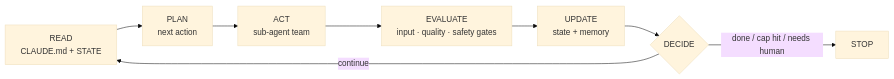
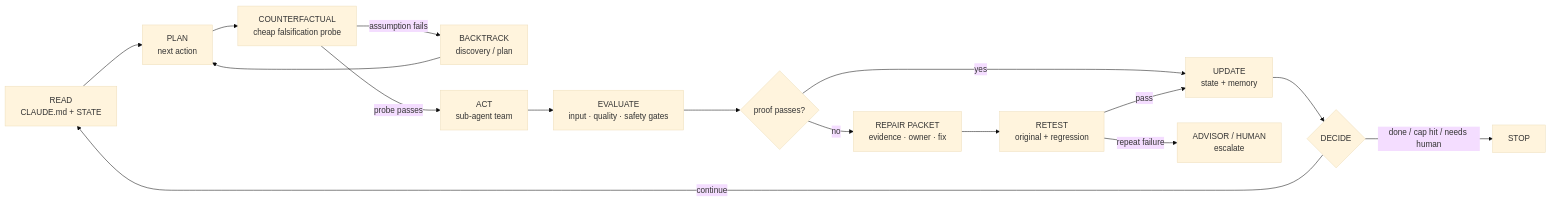
Before and after one commit to Abdulaziz-almoshen/orbit: the diagram in README.md, drawn with Mermaid (base theme). The commit also changed other lines of this file and 10 other files, not shown here.

````diff
--- a/README.md
+++ b/README.md
@@ -103,10 +106,18 @@
 ```mermaid
 flowchart LR
     R["READ<br/>CLAUDE.md + STATE"] --> P["PLAN<br/>next action"]
-    P --> A["ACT<br/>sub-agent team"]
+    P --> C["COUNTERFACTUAL<br/>cheap falsification probe"]
+    C -->|assumption fails| B["BACKTRACK<br/>discovery / plan"]
+    B --> P
+    C -->|probe passes| A["ACT<br/>sub-agent team"]
     A --> E["EVALUATE<br/>input · quality · safety gates"]
-    E --> U["UPDATE<br/>state + memory"]
+    E --> G{"proof passes?"}
+    G -->|yes| U["UPDATE<br/>state + memory"]
+    G -->|no| F["REPAIR PACKET<br/>evidence · owner · fix"]
+    F --> T["RETEST<br/>original + regression"]
+    T -->|pass| U
+    T -->|repeat failure| H["ADVISOR / HUMAN<br/>escalate"]
     U --> D{"DECIDE"}
     D -->|continue| R
     D -->|done / cap hit / needs human| X["STOP"]
 ```
````
